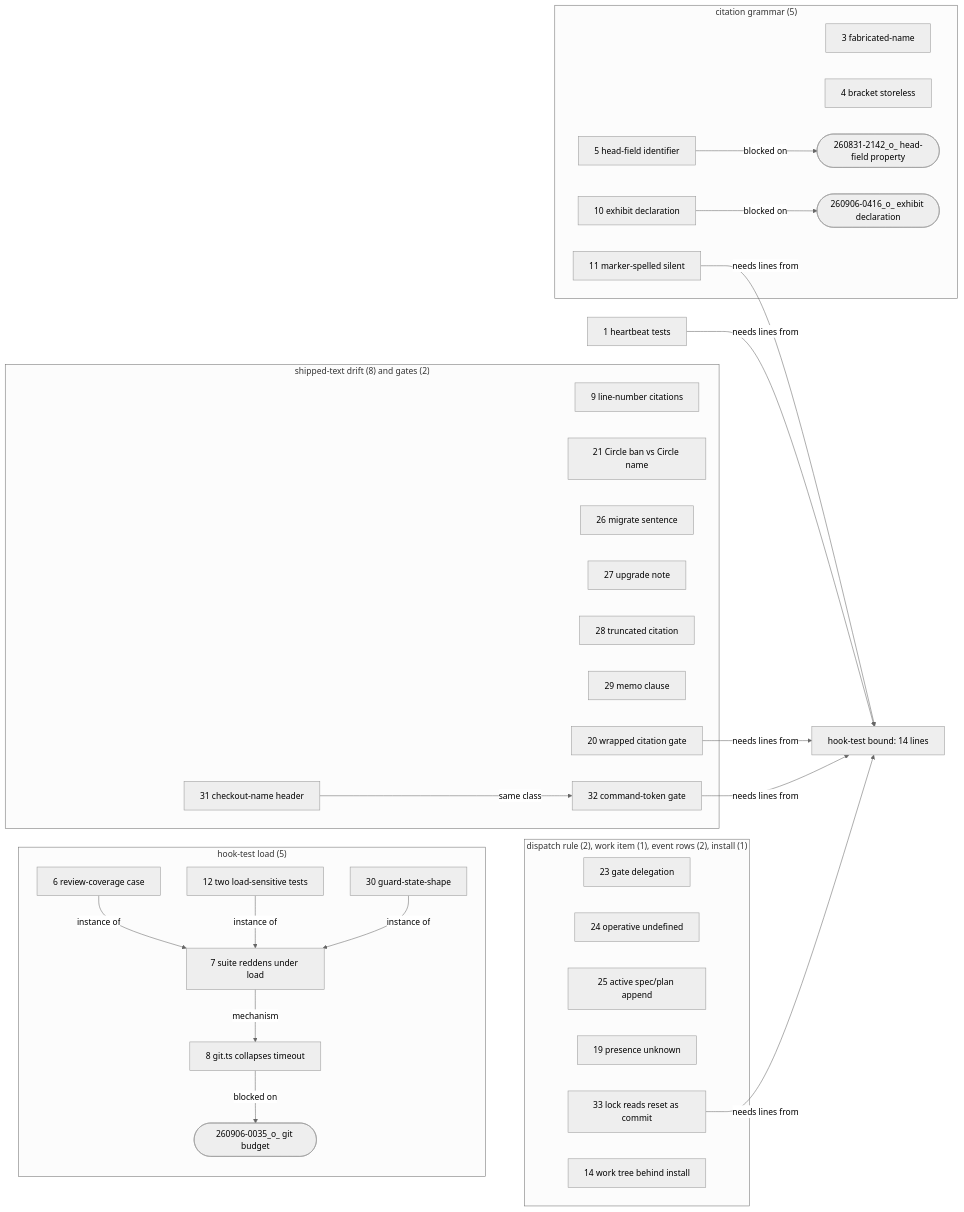
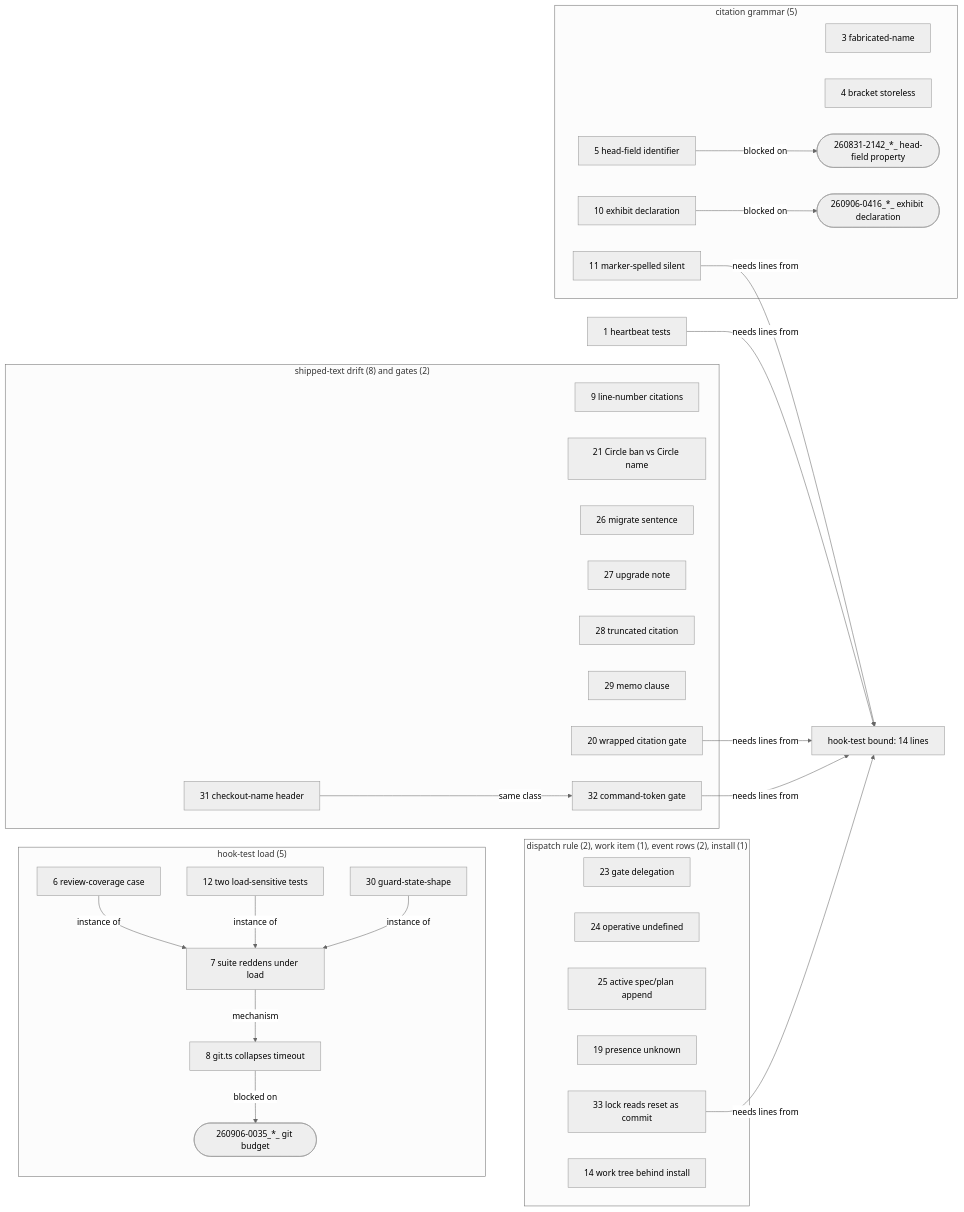
The diagram in fusion-workbench/shared/analyses/260921-1653-open-defect-survey-at-11-9-1.md (tenzoki/fusion), drawn with Mermaid (neutral theme) before and after one commit. The commit also changed other lines of this file and 2 other files, not shown here.

Commit message:
chore(records): five literal-marker tokens in the survey and the plan's acceptance grep stop reddening the sweep gate
The survey cited the git-budget decision and two others with their live
marker spelled out, and the plan's step 2 acceptance carried five such tokens
in a grep; the sweep gate read all of them as rewrites and every npm test run
since d9fe9a7c failed on that one assertion, which is what step 2's twenty
runs measured. The survey's tokens take the wildcard; the plan's grep anchors
on the stamp group so no token is formed. fusion-citation-sweep --dry-run
now reads rewrites=0.

Task: 260921-1709-fixes-aus-der-defektbestandsaufnahme-autonom-abarbeiten

````diff
--- a/fusion-workbench/shared/analyses/260921-1653-open-defect-survey-at-11-9-1.md
+++ b/fusion-workbench/shared/analyses/260921-1653-open-defect-survey-at-11-9-1.md
@@ -76,52 +76,52 @@
 ```mermaid
 flowchart LR
   subgraph load["hook-test load (5)"]
     r7["7 suite reddens under load"]
     r6["6 review-coverage case"]
     r12["12 two load-sensitive tests"]
     r30["30 guard-state-shape"]
     r8["8 git.ts collapses timeout"]
     r6 -->|instance of| r7
     r12 -->|instance of| r7
     r30 -->|instance of| r7
     r7 -->|mechanism| r8
-    d1(["260906-0035_o_ git budget"])
+    d1(["260906-0035_*_ git budget"])
     r8 -->|blocked on| d1
   end
   subgraph cit["citation grammar (5)"]
     r3["3 fabricated-name"]
     r4["4 bracket storeless"]
     r5["5 head-field identifier"]
     r10["10 exhibit declaration"]
     r11["11 marker-spelled silent"]
-    d2(["260831-2142_o_ head-field property"])
-    d3(["260906-0416_o_ exhibit declaration"])
+    d2(["260831-2142_*_ head-field property"])
+    d3(["260906-0416_*_ exhibit declaration"])
     r5 -->|blocked on| d2
     r10 -->|blocked on| d3
   end
   subgraph text["shipped-text drift (8) and gates (2)"]
     r9["9 line-number citations"]
     r21["21 Circle ban vs Circle name"]
     r26["26 migrate sentence"]
     r27["27 upgrade note"]
     r28["28 truncated citation"]
     r29["29 memo clause"]
     r31["31 checkout-name header"]
     r20["20 wrapped citation gate"]
     r32["32 command-token gate"]
     r31 -->|same class| r32
   end
   subgraph rest["dispatch rule (2), work item (1), event rows (2), install (1)"]
     r23["23 gate delegation"]
     r24["24 operative undefined"]
     r25["25 active spec/plan append"]
     r19["19 presence unknown"]
     r33["33 lock reads reset as commit"]
     r14["14 work tree behind install"]
   end
   r1["1 heartbeat tests"] -->|needs lines from| bound["hook-test bound: 14 lines"]
   r20 -->|needs lines from| bound
   r32 -->|needs lines from| bound
   r33 -->|needs lines from| bound
   r11 -->|needs lines from| bound
 ```
````
